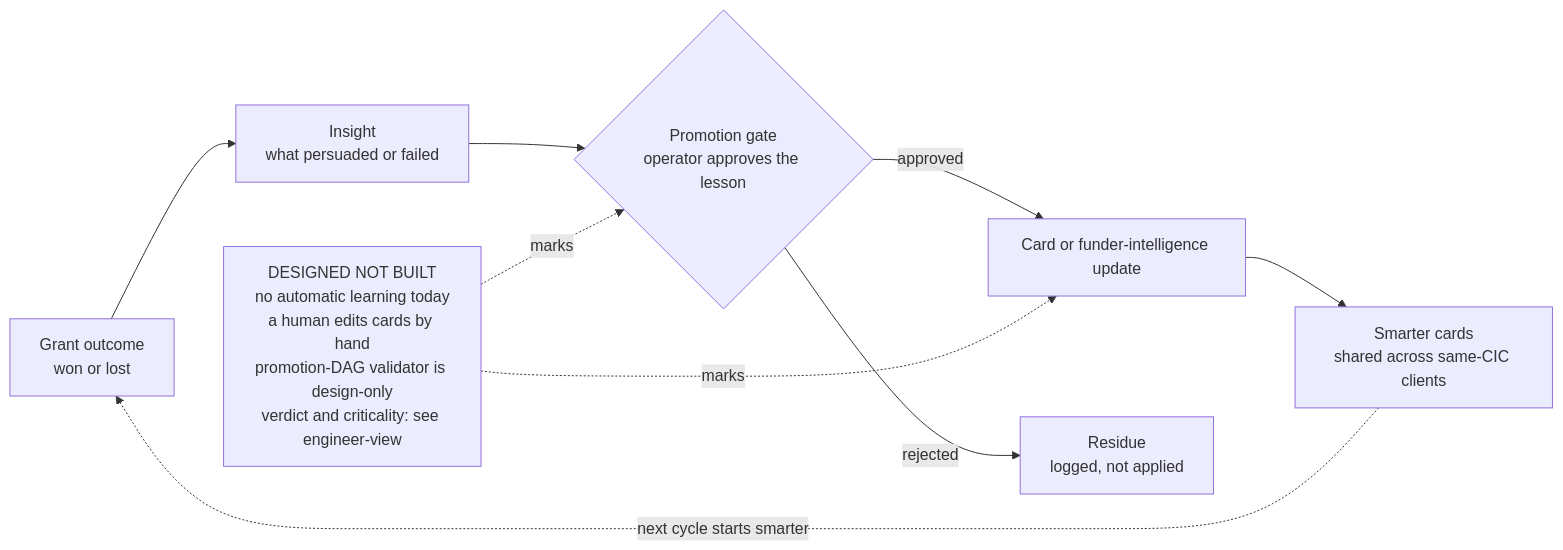
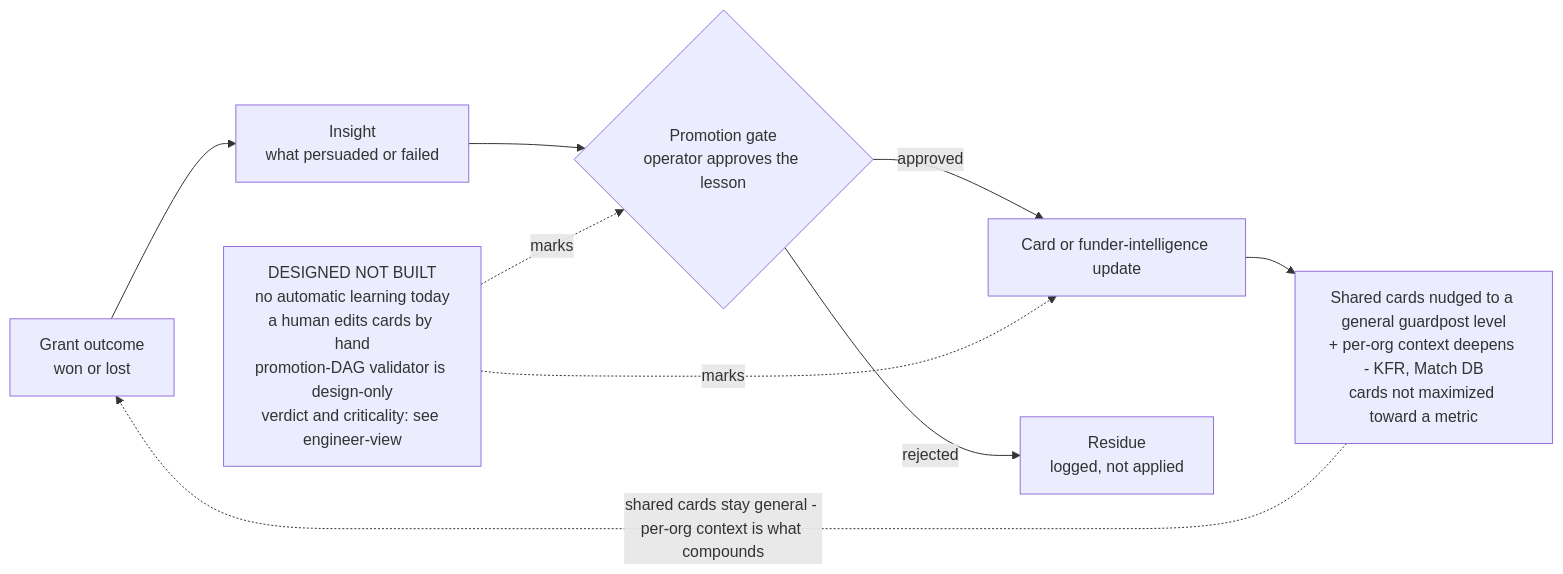
One commit to cyberAlchemyAI/domainspec-core changed the third of 3 diagrams in projects/goldenquill/victor/system-view.md. Above: the diagram before and after it, drawn with Mermaid. The commit also changed other lines of this file and 3 other files, not shown here.

````diff
--- a/projects/goldenquill/victor/system-view.md
+++ b/projects/goldenquill/victor/system-view.md
@@ -243,12 +266,12 @@
 ```mermaid
 flowchart LR
   O[Grant outcome<br/>won or lost] --> I[Insight<br/>what persuaded or failed]
   I --> G{Promotion gate<br/>operator approves the lesson}
   G -->|approved| U[Card or funder-intelligence update]
   G -->|rejected| R[Residue<br/>logged, not applied]
-  U --> SM[Smarter cards<br/>shared across same-CIC clients]
-  SM -.next cycle starts smarter.-> O
+  U --> SM[Shared cards nudged to a general guardpost level<br/>+ per-org context deepens - KFR, Match DB<br/>cards not maximized toward a metric]
+  SM -.shared cards stay general - per-org context is what compounds.-> O
   GAP[DESIGNED NOT BUILT<br/>no automatic learning today<br/>a human edits cards by hand<br/>promotion-DAG validator is design-only<br/>verdict and criticality: see engineer-view]
   GAP -.marks.-> G
   GAP -.marks.-> U
 ```
````
